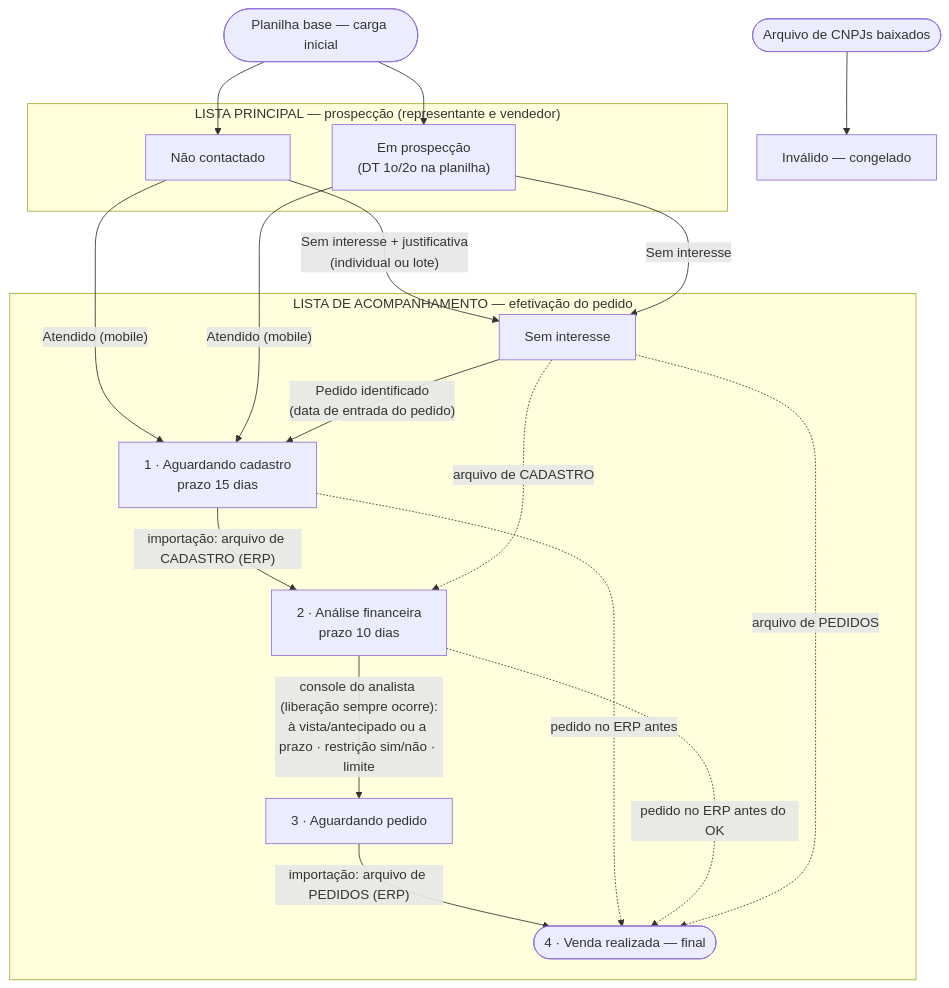
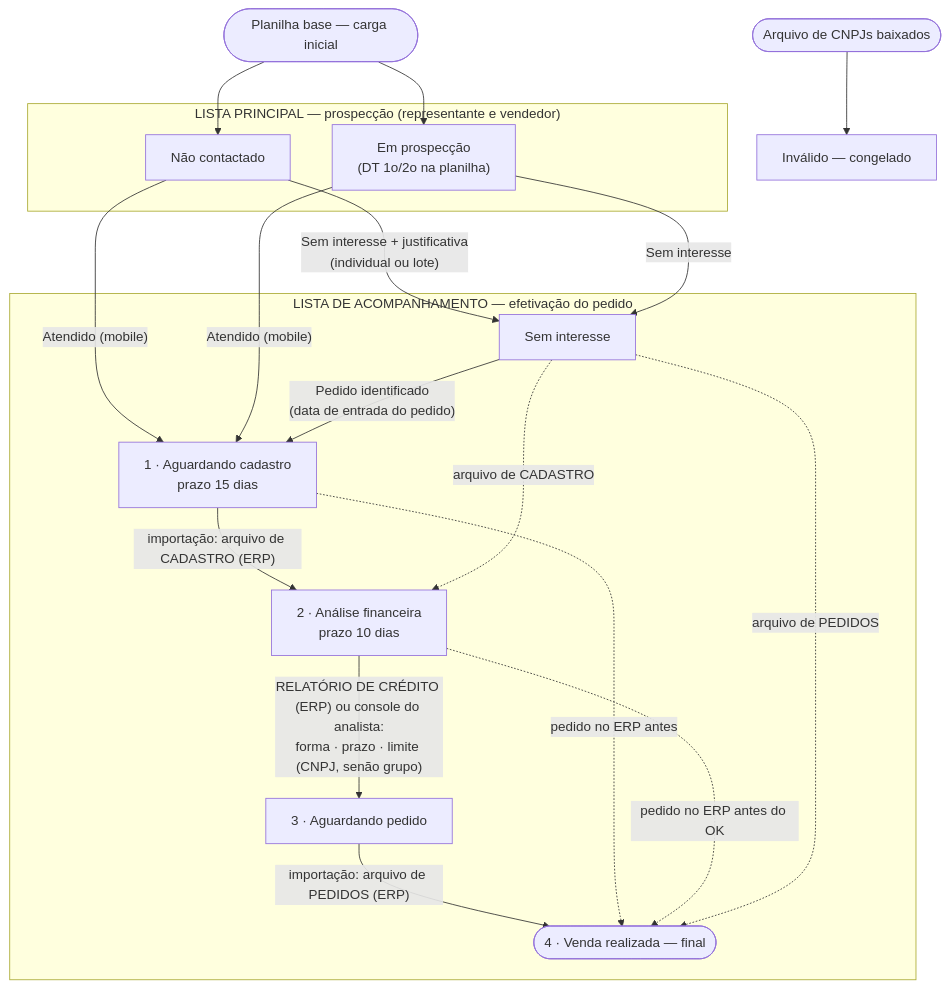
Before and after one commit to EquipeGF2/Germani_Prospect: the diagram in docs/08-fluxo-processo.md, drawn with Mermaid. The commit also changed other lines of this file and 21 other files, not shown here.

First line of the commit message:
Relatório de crédito do ERP: forma, prazo e limite (CNPJ, senão grupo)

````diff
--- a/docs/08-fluxo-processo.md
+++ b/docs/08-fluxo-processo.md
@@ -6,29 +6,29 @@
 ```mermaid
 flowchart TD
     BASE([Planilha base — carga inicial]) --> NC[Não contactado]
     BASE --> EP["Em prospecção<br/>(DT 1o/2o na planilha)"]
     subgraph LP [" LISTA PRINCIPAL — prospecção (representante e vendedor) "]
         NC
         EP
     end
     NC -- "Sem interesse + justificativa<br/>(individual ou lote)" --> SI[Sem interesse]
     EP -- "Sem interesse" --> SI
     NC -- "Atendido (mobile)" --> AC
     EP -- "Atendido (mobile)" --> AC
     subgraph ACOMP [" LISTA DE ACOMPANHAMENTO — efetivação do pedido "]
         AC["1 · Aguardando cadastro<br/>prazo 15 dias"]
         AF["2 · Análise financeira<br/>prazo 10 dias"]
         AP["3 · Aguardando pedido"]
         VR(["4 · Venda realizada — final"])
         SI
     end
     AC -- "importação: arquivo de CADASTRO (ERP)" --> AF
-    AF -- "console do analista (liberação sempre ocorre):<br/>à vista/antecipado ou a prazo · restrição sim/não · limite" --> AP
+    AF -- "RELATÓRIO DE CRÉDITO (ERP) ou console do analista:<br/>forma · prazo · limite (CNPJ, senão grupo)" --> AP
     AP -- "importação: arquivo de PEDIDOS (ERP)" --> VR
     AC -. "pedido no ERP antes" .-> VR
     AF -. "pedido no ERP antes do OK" .-> VR
     SI -- "Pedido identificado<br/>(data de entrada do pedido)" --> AC
     SI -. "arquivo de CADASTRO" .-> AF
     SI -. "arquivo de PEDIDOS" .-> VR
     BX([Arquivo de CNPJs baixados]) --> INV[Inválido — congelado]
 ```
````
